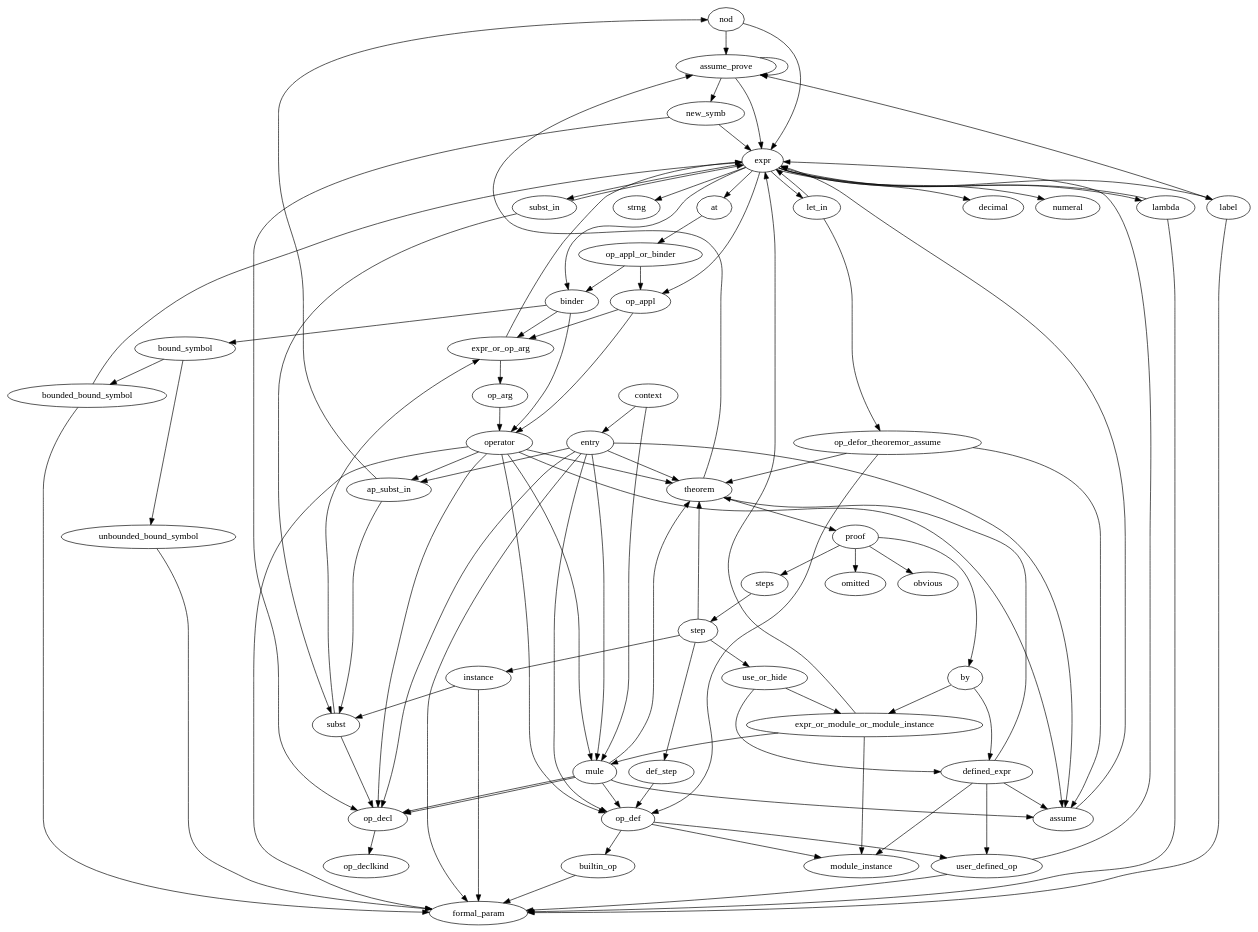
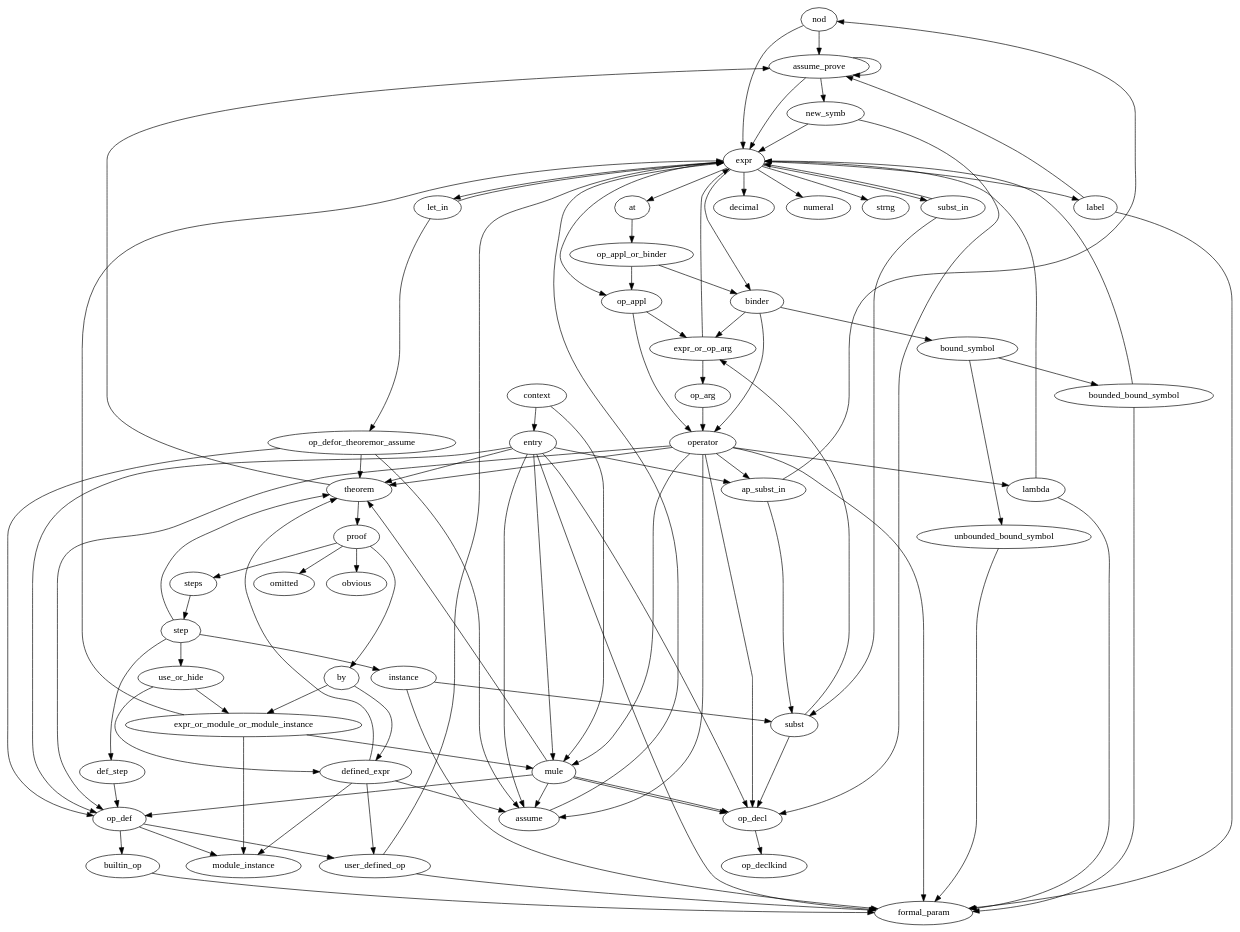
The diagram in docs/type_inclusion_hierarchy.dot (johnyf/v2-tlapm), drawn with Graphviz before and after one commit.

```diff
--- a/docs/type_inclusion_hierarchy.dot
+++ b/docs/type_inclusion_hierarchy.dot
@@ -1,167 +1,167 @@
 digraph typedeps {
 
 nod -> assume_prove;
 nod -> expr;
 //nod -> ap_subst_in;
 //nod -> def_step;
 //nod -> op_arg;
 //nod -> instance;
 //nod -> new_symb;
 //nod -> proof;
 //nod -> formal_param;
 //nod -> mule;
 //nod -> op_decl;
 //nod -> op_def;
 //nod -> assume;
 //nod -> theorem;
 //nod -> use_or_hide;
 
 expr -> at;
 expr -> decimal;
 expr -> label;
 expr -> let_in;
 expr -> numeral;
 expr -> op_appl;
 expr -> strng;
 expr -> subst_in;
 expr -> binder;
-expr -> lambda;
 
 expr_or_op_arg -> expr;
 expr_or_op_arg -> op_arg;
 
 ap_subst_in -> subst;
 ap_subst_in -> nod;
 
 subst_in -> subst;
 subst_in -> expr;
 
 
 instance -> subst;
 instance -> formal_param;
 
 subst -> op_decl;
 subst -> expr_or_op_arg;
 
 assume -> expr;
 
 
 theorem ->  assume_prove;
 theorem ->  proof;
 
 
 assume_prove -> new_symb ;
 assume_prove -> assume_prove;
 assume_prove -> expr;
 
 
 new_symb ->  op_decl;
 new_symb ->  expr;
 
 op_def -> module_instance;
 op_def -> user_defined_op;
 op_def -> builtin_op;
 
 user_defined_op -> expr;
 user_defined_op -> formal_param;
 
 lambda -> expr;
 lambda -> formal_param;
 
 builtin_op -> formal_param;
 
 op_arg -> operator;
 
 op_decl -> op_declkind;
 
 proof -> omitted;
 proof -> obvious;
 proof -> by;
 proof -> steps;
 
 expr_or_module_or_module_instance -> expr;
 expr_or_module_or_module_instance -> mule;
 expr_or_module_or_module_instance -> module_instance;
 
 defined_expr -> user_defined_op;
 defined_expr -> module_instance;
 defined_expr -> theorem;
 defined_expr -> assume;
 
 by -> expr_or_module_or_module_instance;
 by -> defined_expr;
 
 
 steps -> step;
 
 step -> def_step;
 step -> use_or_hide;
 step -> instance;
 step -> theorem;
 
 def_step -> op_def;
 
 use_or_hide -> expr_or_module_or_module_instance;
 use_or_hide -> defined_expr;
 
 
 op_appl_or_binder -> op_appl;
 op_appl_or_binder -> binder;
 
 at -> op_appl_or_binder;
 
 
 
 label -> assume_prove;
 label -> formal_param;
 
 op_defor_theoremor_assume -> op_def;
 op_defor_theoremor_assume -> theorem;
 op_defor_theoremor_assume -> assume;
 
 let_in -> expr;
 let_in -> op_defor_theoremor_assume;
 
 operator -> formal_param;
 operator -> mule;
 operator -> op_decl;
 operator -> op_def;
 operator -> theorem;
 operator -> assume;
 operator -> ap_subst_in;
+operator -> lambda;
 
 op_appl -> operator;
 op_appl -> expr_or_op_arg;
 
 binder -> operator;
 binder -> expr_or_op_arg;
 binder -> bound_symbol;
 
 bound_symbol -> unbounded_bound_symbol;
 bound_symbol -> bounded_bound_symbol;
 
 unbounded_bound_symbol -> formal_param;
 bounded_bound_symbol -> formal_param;
 bounded_bound_symbol -> expr;
 
 
 
 mule -> op_decl ;
 mule -> op_decl ;
 mule -> op_def  ;
 mule -> assume  ;
 mule -> theorem  ;
 
 entry -> formal_param ;
 entry -> mule ;
 entry -> op_decl ;
 entry -> op_def ;
 entry -> theorem ;
 entry -> assume ;
 entry -> ap_subst_in;
 
 
 context -> entry;
 context -> mule;
 
 }
```
